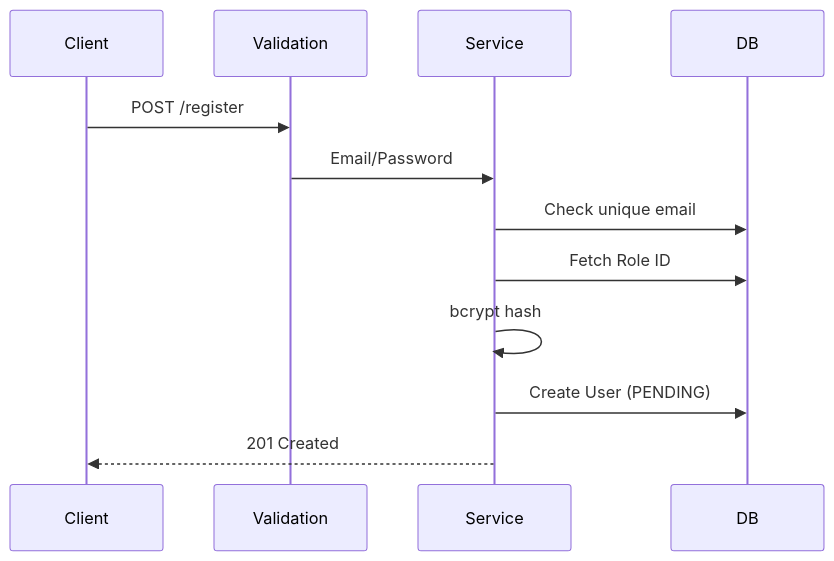
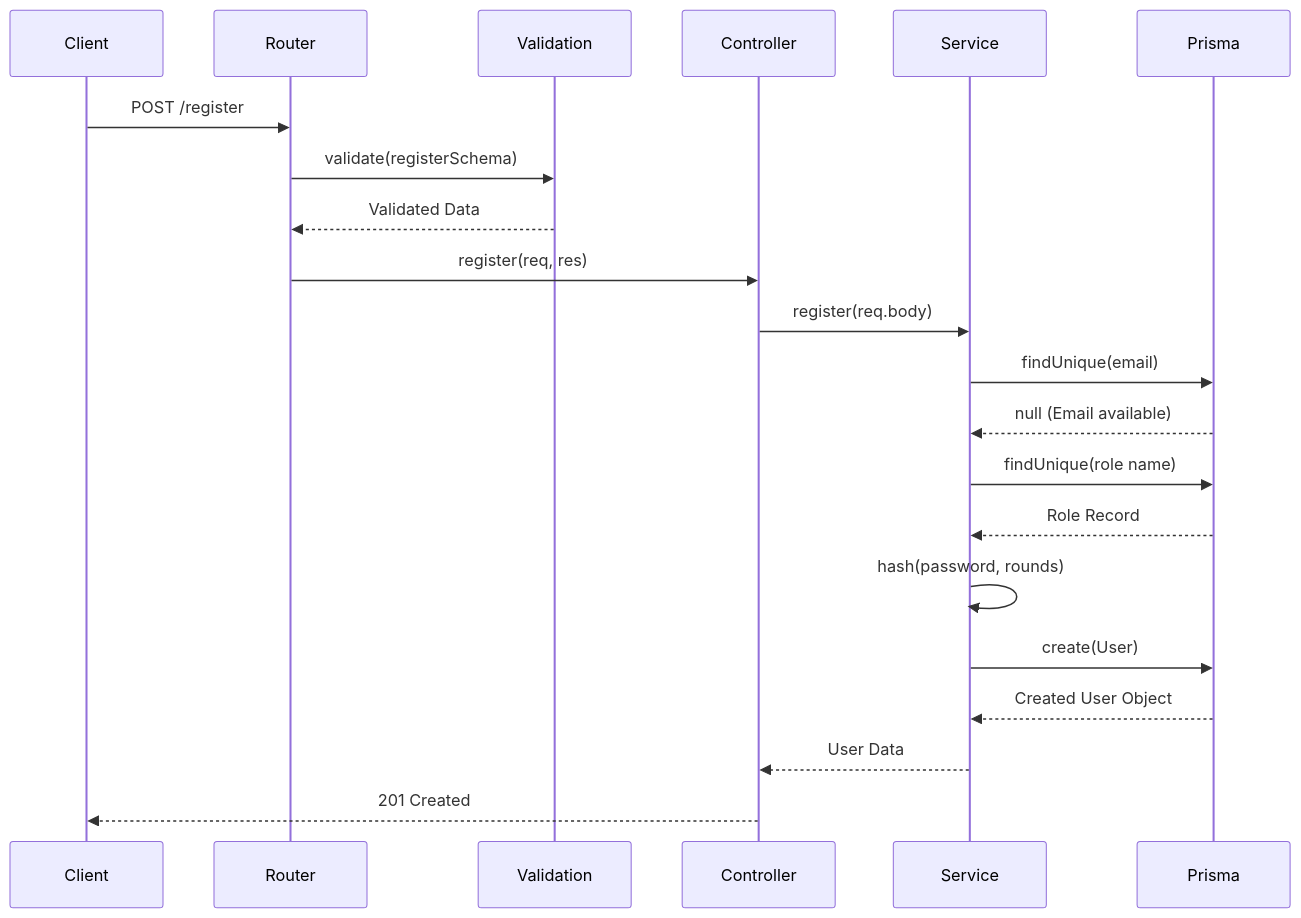
One commit to tegrand/eliminate changed the diagram in docs/auth/register-flow.md. Above: the diagram before and after it, drawn with Mermaid. The commit also changed other lines of this file and 10 other files, not shown here.

````diff
--- a/docs/auth/register-flow.md
+++ b/docs/auth/register-flow.md
@@ -4,10 +11,24 @@
 ```mermaid
 sequenceDiagram
-    Client->>Validation: POST /register
-    Validation->>Service: Email/Password
-    Service->>DB: Check unique email
-    Service->>DB: Fetch Role ID
-    Service->>Service: bcrypt hash
-    Service->>DB: Create User (PENDING)
-    Service-->>Client: 201 Created
+    participant Client
+    participant Router
+    participant Validation
+    participant Controller
+    participant Service
+    participant Prisma
+    
+    Client->>Router: POST /register
+    Router->>Validation: validate(registerSchema)
+    Validation-->>Router: Validated Data
+    Router->>Controller: register(req, res)
+    Controller->>Service: register(req.body)
+    Service->>Prisma: findUnique(email)
+    Prisma-->>Service: null (Email available)
+    Service->>Prisma: findUnique(role name)
+    Prisma-->>Service: Role Record
+    Service->>Service: hash(password, rounds)
+    Service->>Prisma: create(User)
+    Prisma-->>Service: Created User Object
+    Service-->>Controller: User Data
+    Controller-->>Client: 201 Created
 ```
````
